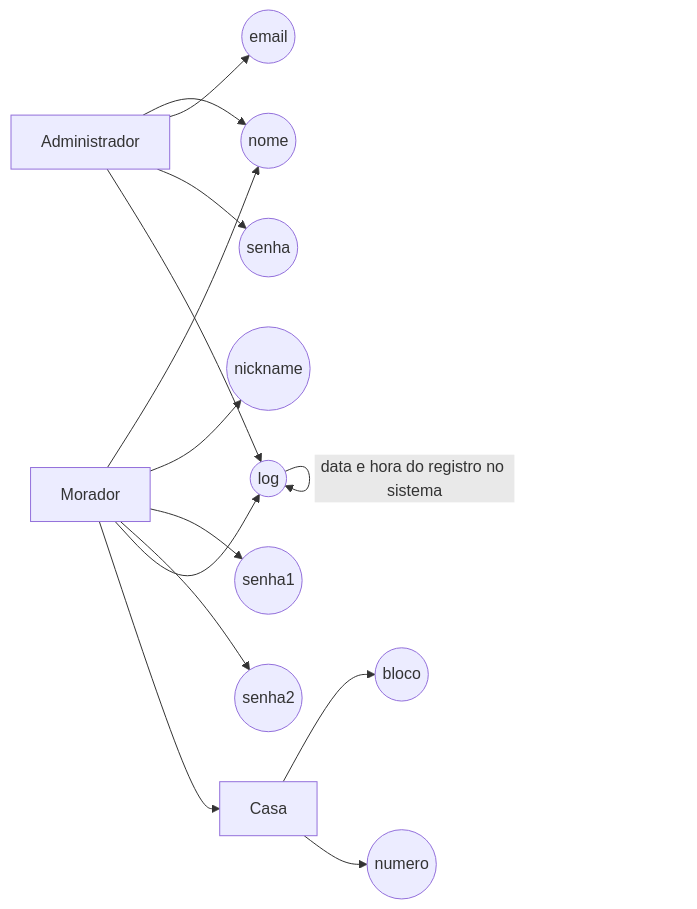
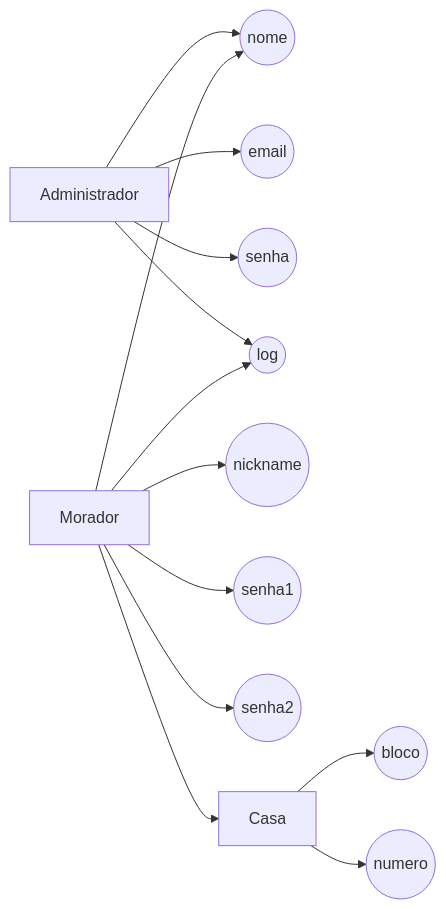
Before and after one commit to leonardobussi/condominio_seguranca: the diagram in README.md, drawn with Mermaid.

````diff
--- a/README.md
+++ b/README.md
@@ -52,26 +52,26 @@
 ```mermaid
 graph LR
-Adm[Administrador]
 
 
+Adm[Administrador]
 Adm --> A((nome))
 Adm --> B((email))
 Adm --> C((senha))
 Adm --> D((log)) 
 
-D((log)) -- data e hora do registro no sistema --> D
+
 
 Mora[Morador]
 Mora --> A
 Mora --> E((nickname))
 Mora --> F((senha1))
 Mora --> G((senha2))
-Mora --> D
+Mora --> D((log))
 
-Mora --> Ca
+Mora[Morador] --> Ca[Casa]
 
 Ca[Casa]
 Ca --> H((bloco))
 Ca --> I((numero))
 
 ```
````
